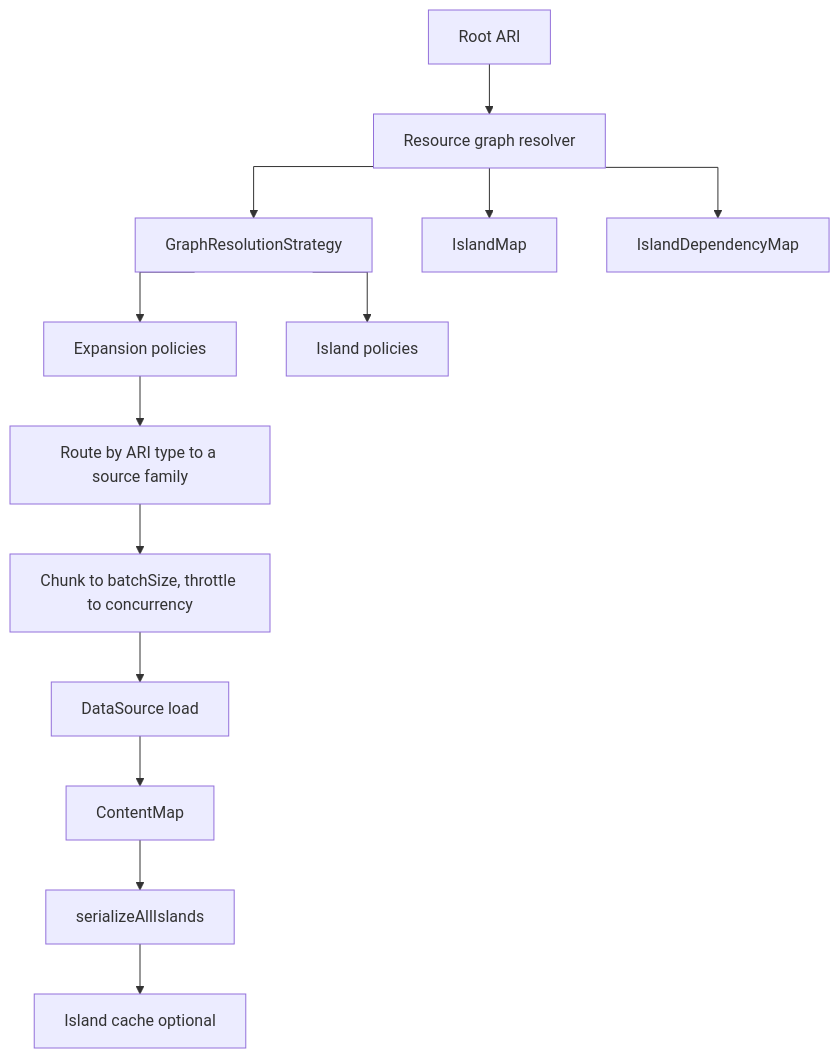
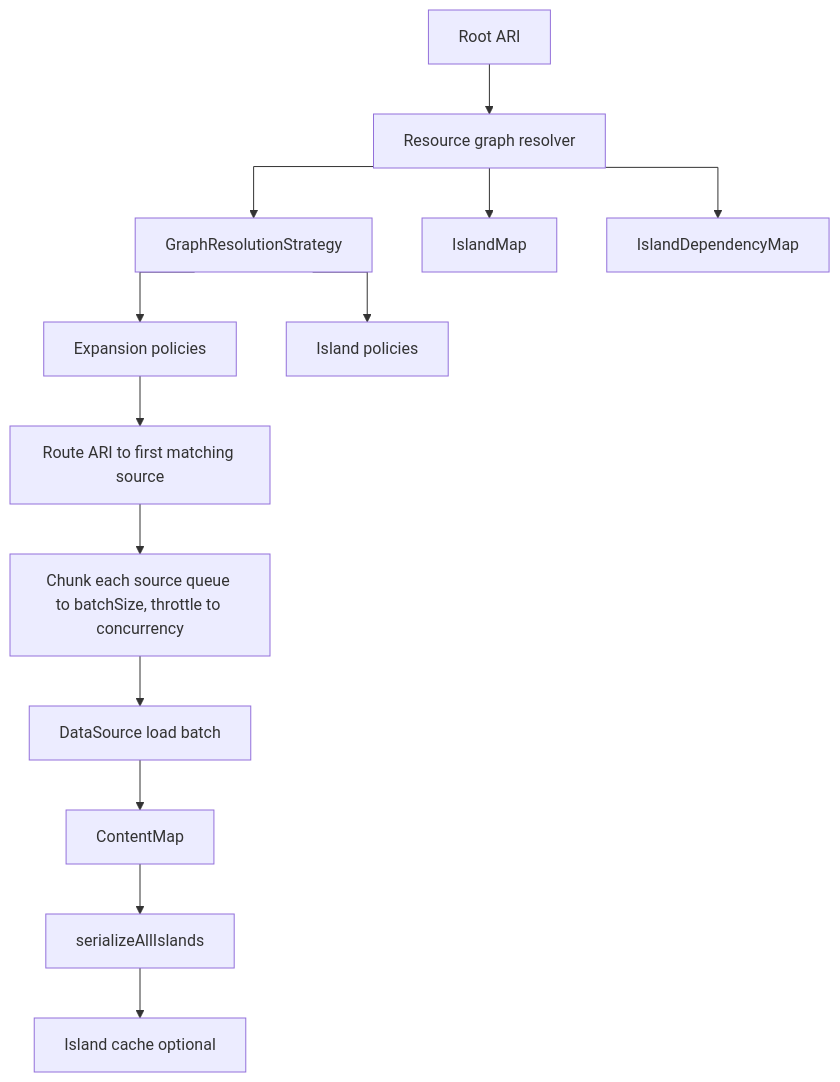
Before and after one commit to xndrjs/toolkit: the diagram in apps/xndrjs-documentation/src/content/docs/v0/infrastructure/resource-graph-resolver.md, drawn with Mermaid. The commit also changed other lines of this file and 1 other file, not shown here.

First line of the commit message:
docs: align guide and blog with transport-channel DataSource API

````diff
--- a/apps/xndrjs-documentation/src/content/docs/v0/infrastructure/resource-graph-resolver.md
+++ b/apps/xndrjs-documentation/src/content/docs/v0/infrastructure/resource-graph-resolver.md
@@ -37,16 +37,16 @@
 ```mermaid
 %%{init: {'flowchart': {'curve': 'stepAfter'}}}%%
 flowchart TD
   root[Root ARI] --> resolver[Resource graph resolver]
   resolver --> strategy[GraphResolutionStrategy]
   strategy --> expand[Expansion policies]
   strategy --> islandPolicies[Island policies]
-  expand --> route[Route by ARI type to a source family]
-  route --> batch[Chunk to batchSize, throttle to concurrency]
-  batch --> sources[DataSource load]
+  expand --> route[Route ARI to first matching source]
+  route --> batch[Chunk each source queue to batchSize, throttle to concurrency]
+  batch --> sources[DataSource load batch]
   sources --> contentMap[ContentMap]
   resolver --> islands[IslandMap]
   resolver --> deps[IslandDependencyMap]
   contentMap --> serialize[serializeAllIslands]
   serialize --> cache[Island cache optional]
 ```
````
